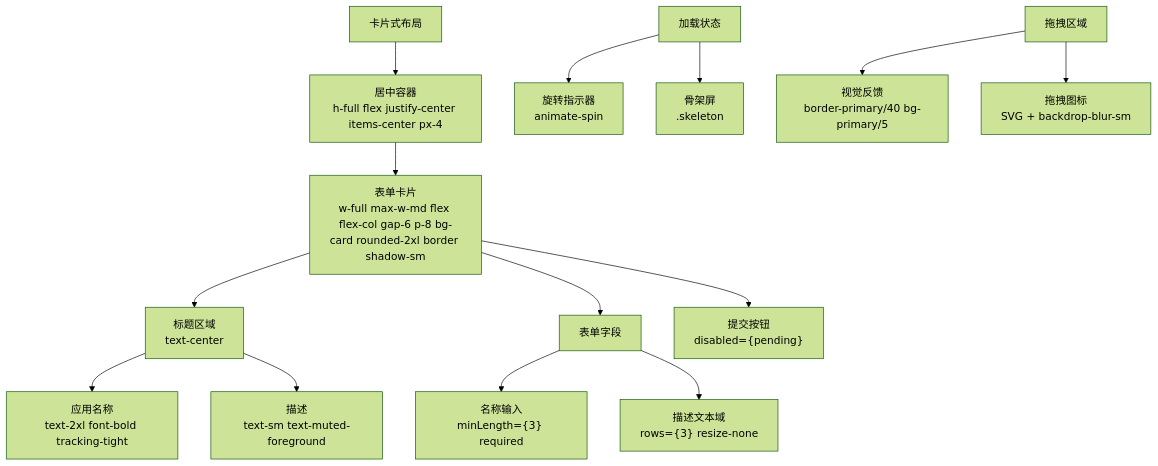
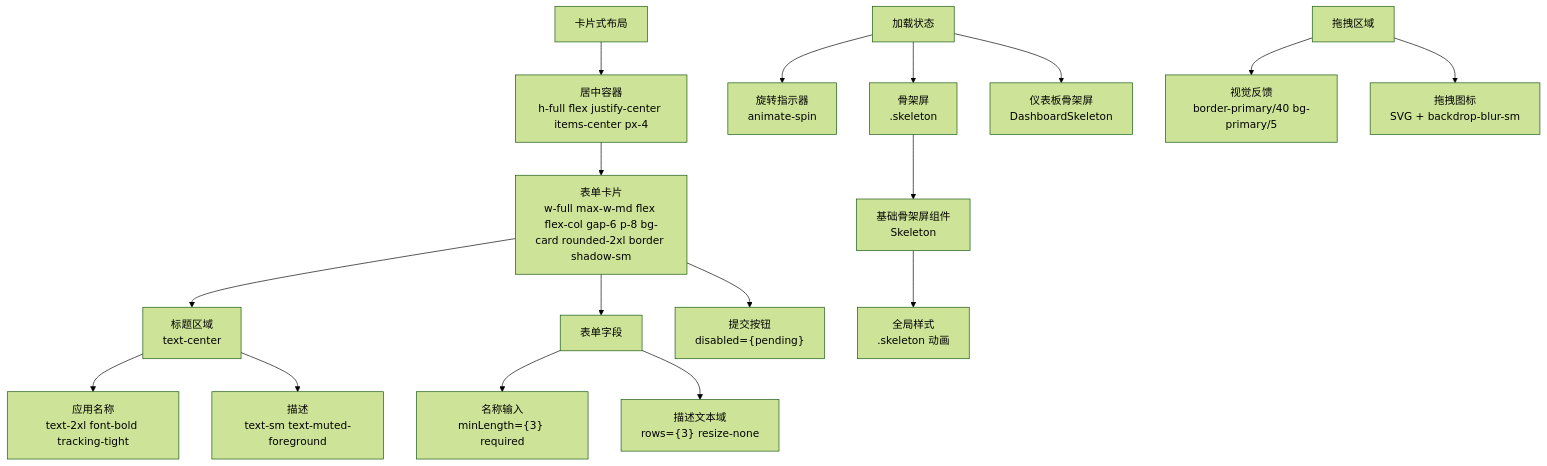
The ninth of 10 diagrams in .qoder/repowiki/zh/content/核心功能模块/应用管理系统.md (RadiumAg/image-saas), drawn with Mermaid (forest theme) before and after one commit. The commit also changed other lines of this file and 60 other files, not shown here.

````diff
--- a/.qoder/repowiki/zh/content/核心功能模块/应用管理系统.md
+++ b/.qoder/repowiki/zh/content/核心功能模块/应用管理系统.md
@@ -402,16 +432,19 @@
 ```mermaid
 flowchart TD
 Card["卡片式布局"] --> Center["居中容器<br/>h-full flex justify-center items-center px-4"]
 Center --> FormCard["表单卡片<br/>w-full max-w-md flex flex-col gap-6 p-8 bg-card rounded-2xl border shadow-sm"]
 FormCard --> Header["标题区域<br/>text-center"]
 Header --> Title["应用名称<br/>text-2xl font-bold tracking-tight"]
 Header --> Subtitle["描述<br/>text-sm text-muted-foreground"]
 FormCard --> FormFields["表单字段"]
 FormFields --> NameField["名称输入<br/>minLength={3} required"]
 FormFields --> DescField["描述文本域<br/>rows={3} resize-none"]
 FormCard --> SubmitBtn["提交按钮<br/>disabled={pending}"]
 Loading["加载状态"] --> Spinner["旋转指示器<br/>animate-spin"]
 Loading --> Skeleton["骨架屏<br/>.skeleton"]
+Loading --> DashboardSkeleton["仪表板骨架屏<br/>DashboardSkeleton"]
+Skeleton --> SkeletonUI["基础骨架屏组件<br/>Skeleton"]
+SkeletonUI --> GlobalCSS["全局样式<br/>.skeleton 动画"]
 DragZone["拖拽区域"] --> Feedback["视觉反馈<br/>border-primary/40 bg-primary/5"]
 DragZone --> Icon["拖拽图标<br/>SVG + backdrop-blur-sm"]
 ```
````
